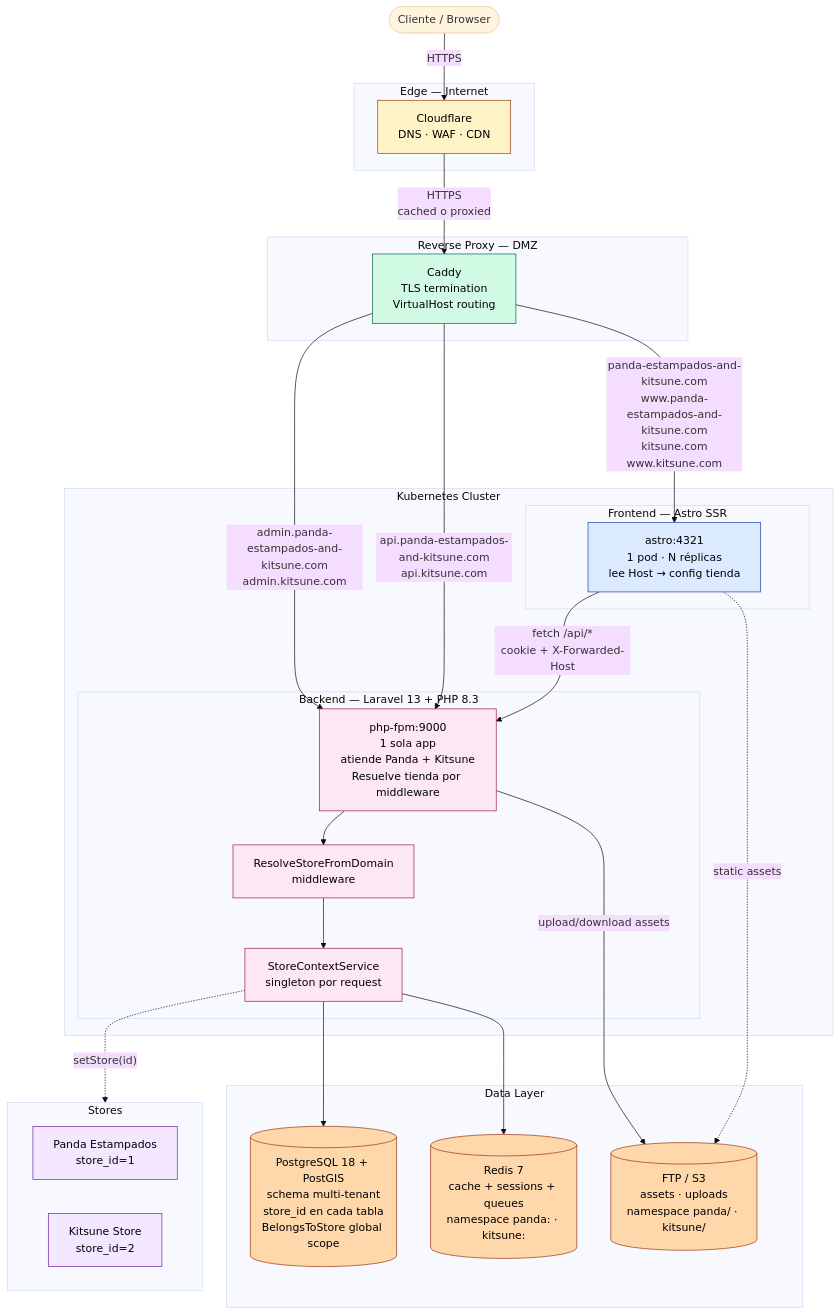
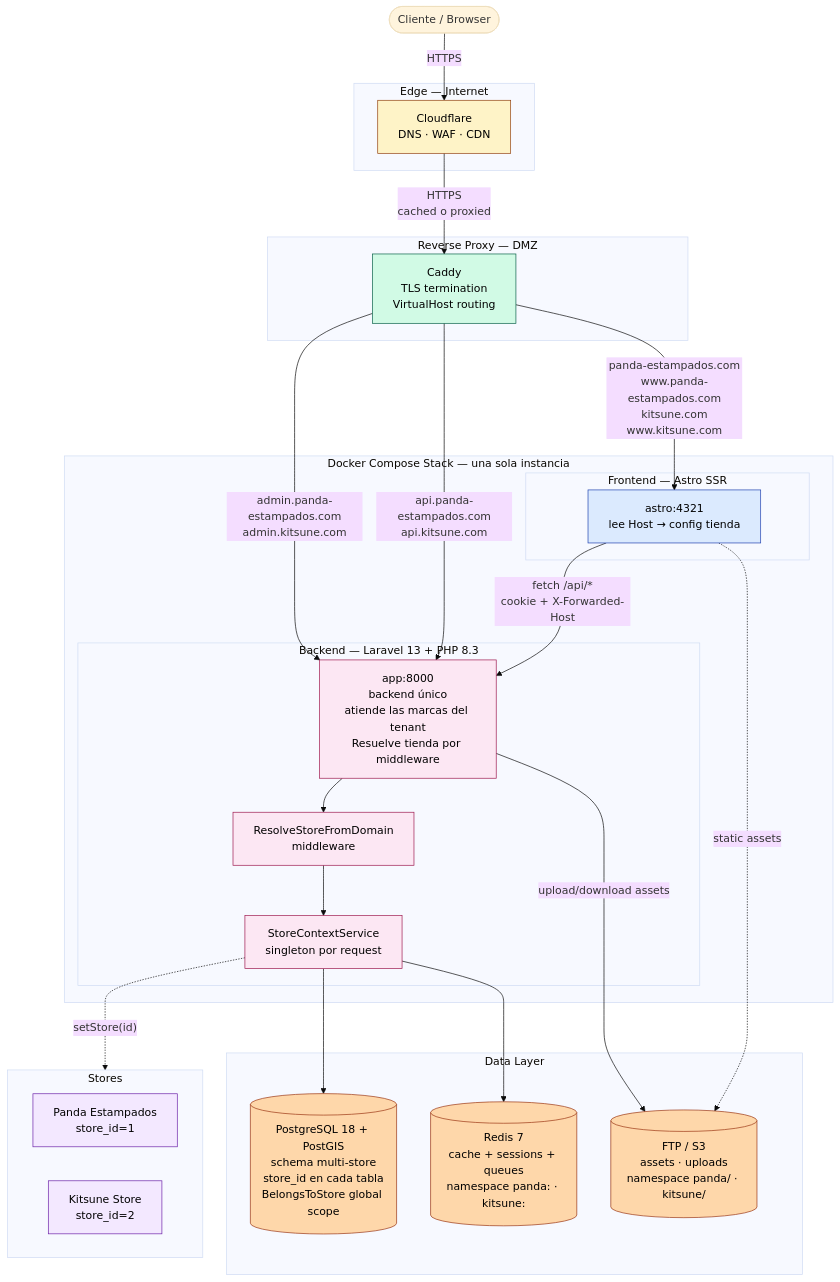
Before and after one commit to D4nitrix13/AtlasCommerce: the first of 4 diagrams in docs/architecture/flow.md, drawn with Mermaid (base theme). The commit also changed other lines of this file and 7 other files, not shown here.

First line of the commit message:
docs(repo): reescritura framing multi-tenant a multi-instance

````diff
--- a/docs/architecture/flow.md
+++ b/docs/architecture/flow.md
@@ -15,60 +27,60 @@
 ```mermaid
 flowchart TB
     classDef edge fill:#fef3c7,stroke:#92400e,color:#000
     classDef proxy fill:#d1fae5,stroke:#065f46,color:#000
     classDef fe fill:#dbeafe,stroke:#1e40af,color:#000
     classDef be fill:#fce7f3,stroke:#9d174d,color:#000
     classDef store fill:#f3e8ff,stroke:#6b21a8,color:#000
     classDef data fill:#fed7aa,stroke:#9a3412,color:#000
 
     User([Cliente / Browser])
 
     subgraph Edge["Edge — Internet"]
         CF[Cloudflare<br/>DNS · WAF · CDN]:::edge
     end
 
     subgraph CaddyLayer["Reverse Proxy — DMZ"]
         Caddy["Caddy<br/>TLS termination<br/>VirtualHost routing"]:::proxy
     end
 
-    subgraph K8s["Kubernetes Cluster"]
+    subgraph DockerStack["Docker Compose Stack — una sola instancia"]
         subgraph FE["Frontend — Astro SSR"]
-            Astro["astro:4321<br/>1 pod · N réplicas<br/>lee Host → config tienda"]:::fe
+            Astro["astro:4321<br/>lee Host → config tienda"]:::fe
         end
         subgraph BE["Backend — Laravel 13 + PHP 8.3"]
-            PHP["php-fpm:9000<br/>1 sola app<br/>atiende Panda + Kitsune<br/>Resuelve tienda por middleware"]:::be
+            App["app:8000<br/>backend único<br/>atiende las marcas del tenant<br/>Resuelve tienda por middleware"]:::be
             MW["ResolveStoreFromDomain<br/>middleware"]:::be
             SC["StoreContextService<br/>singleton por request"]:::be
         end
     end
 
     subgraph DataLayer["Data Layer"]
-        PG[("PostgreSQL 18 + PostGIS<br/>schema multi-tenant<br/>store_id en cada tabla<br/>BelongsToStore global scope")]:::data
+        PG[("PostgreSQL 18 + PostGIS<br/>schema multi-store<br/>store_id en cada tabla<br/>BelongsToStore global scope")]:::data
         RD[("Redis 7<br/>cache + sessions + queues<br/>namespace panda: · kitsune:")]:::data
         FTP[("FTP / S3<br/>assets · uploads<br/>namespace panda/ · kitsune/")]:::data
     end
 
     User -->|HTTPS| CF
     CF -->|HTTPS<br/>cached o proxied| Caddy
 
-    Caddy -->|"panda-estampados-and-kitsune.com<br/>www.panda-estampados-and-kitsune.com<br/>kitsune.com<br/>www.kitsune.com"| Astro
-    Caddy -->|"admin.panda-estampados-and-kitsune.com<br/>admin.kitsune.com"| PHP
-    Caddy -->|"api.panda-estampados-and-kitsune.com<br/>api.kitsune.com"| PHP
+    Caddy -->|"panda-estampados.com<br/>www.panda-estampados.com<br/>kitsune.com<br/>www.kitsune.com"| Astro
+    Caddy -->|"admin.panda-estampados.com<br/>admin.kitsune.com"| App
+    Caddy -->|"api.panda-estampados.com<br/>api.kitsune.com"| App
 
-    Astro -->|"fetch /api/*<br/>cookie + X-Forwarded-Host"| PHP
+    Astro -->|"fetch /api/*<br/>cookie + X-Forwarded-Host"| App
 
-    PHP --> MW
+    App --> MW
     MW --> SC
     SC --> PG
     SC --> RD
-    PHP -->|"upload/download assets"| FTP
+    App -->|"upload/download assets"| FTP
 
     Astro -.->|"static assets"| FTP
 
     subgraph Stores
         S1["Panda Estampados<br/>store_id=1"]:::store
         S2["Kitsune Store<br/>store_id=2"]:::store
     end
 
     SC -.->|"setStore(id)"| Stores
 ```
````
